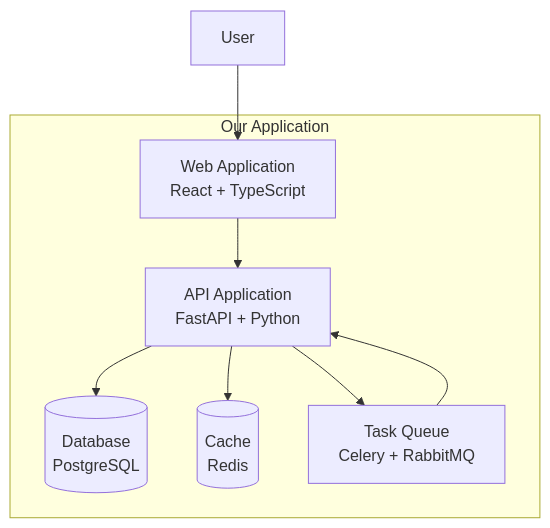
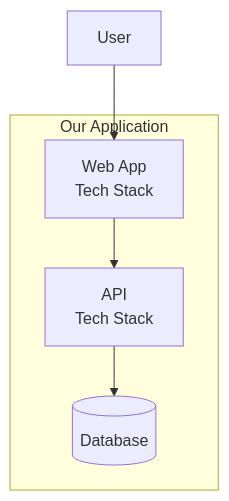
The second of 5 diagrams in base/knowledge-management.md (PaulDuvall/centralized-rules), drawn with Mermaid before and after one commit. The commit also changed other lines of this file and 9 other files, not shown here.

````diff
--- a/base/knowledge-management.md
+++ b/base/knowledge-management.md
@@ -267,17 +159,9 @@
 ```mermaid
 graph TB
     subgraph "Our Application"
-        Web[Web Application<br/>React + TypeScript]
-        API[API Application<br/>FastAPI + Python]
-        DB[(Database<br/>PostgreSQL)]
-        Cache[(Cache<br/>Redis)]
-        Queue[Task Queue<br/>Celery + RabbitMQ]
+        Web[Web App<br/>Tech Stack]
+        API[API<br/>Tech Stack]
+        DB[(Database)]
     end
-
-    User[User] --> Web
-    Web --> API
-    API --> DB
-    API --> Cache
-    API --> Queue
-    Queue --> API
+    User[User] --> Web --> API --> DB
 ```
````
